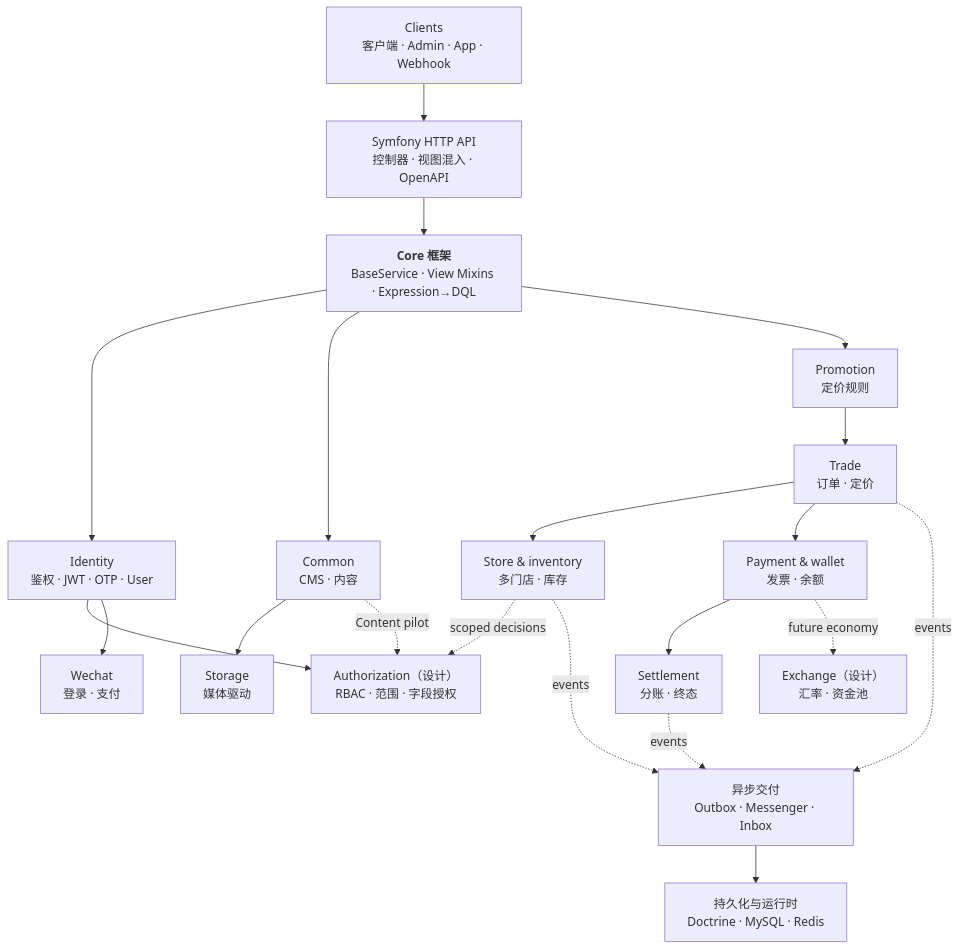
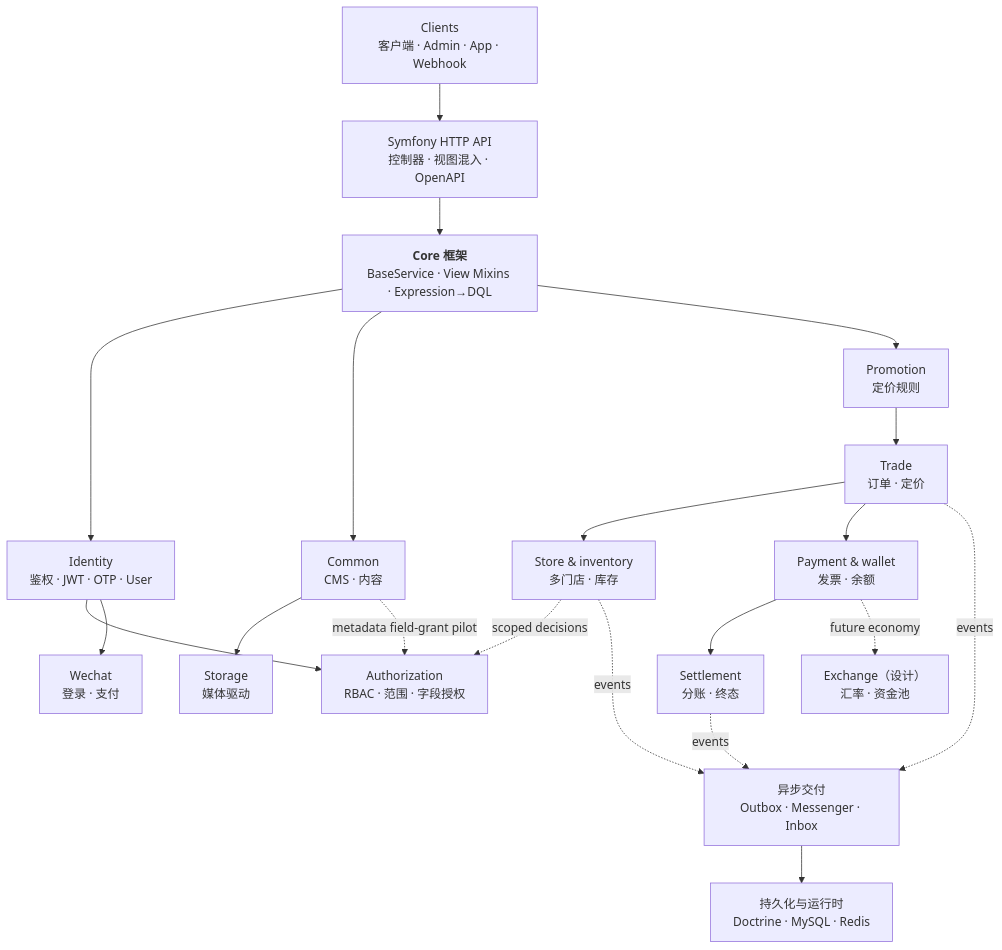
The first of 3 diagrams in README.zh-cn.md (dream-studio-china/edc-online-membership), drawn with Mermaid before and after one commit. The commit also changed other lines of this file and 23 other files, not shown here.

First line of the commit message:
feat(authorization): harden assignment uniqueness, mixin lifecycle, drop Content storeUuid and sync docs

````diff
--- a/README.zh-cn.md
+++ b/README.zh-cn.md
@@ -13,38 +13,38 @@
 ```mermaid
 flowchart TB
     Client["Clients<br/>客户端 · Admin · App · Webhook"]
     Api["Symfony HTTP API<br/>控制器 · 视图混入 · OpenAPI"]
     Core["<b>Core 框架</b><br/>BaseService · View Mixins · Expression→DQL"]
 
     Identity["Identity<br/>鉴权 · JWT · OTP · User"]
-    Authorization["Authorization（设计）<br/>RBAC · 范围 · 字段授权"]
+    Authorization["Authorization<br/>RBAC · 范围 · 字段授权"]
     Common["Common<br/>CMS · 内容"]
     Storage["Storage<br/>媒体驱动"]
     Promotion["Promotion<br/>定价规则"]
     Trade["Trade<br/>订单 · 定价"]
     Fulfilment["Store & inventory<br/>多门店 · 库存"]
     Payments["Payment & wallet<br/>发票 · 余额"]
     Wechat["Wechat<br/>登录 · 支付"]
     Settlement["Settlement<br/>分账 · 终态"]
     Exchange["Exchange（设计）<br/>汇率 · 资金池"]
     Messaging["异步交付<br/>Outbox · Messenger · Inbox"]
     Persistence["持久化与运行时<br/>Doctrine · MySQL · Redis"]
 
     Client --> Api --> Core
     Core --> Identity
     Core --> Common
     Core --> Promotion
     Identity --> Authorization
     Identity --> Wechat
     Common --> Storage
-    Common -. "Content pilot" .-> Authorization
+    Common -. "metadata field-grant pilot" .-> Authorization
     Promotion --> Trade
     Trade --> Fulfilment
     Trade --> Payments --> Settlement
     Fulfilment -. "scoped decisions" .-> Authorization
     Payments -. "future economy" .-> Exchange
     Trade -. events .-> Messaging
     Fulfilment -. events .-> Messaging
     Settlement -. events .-> Messaging
     Messaging --> Persistence
 ```
````
